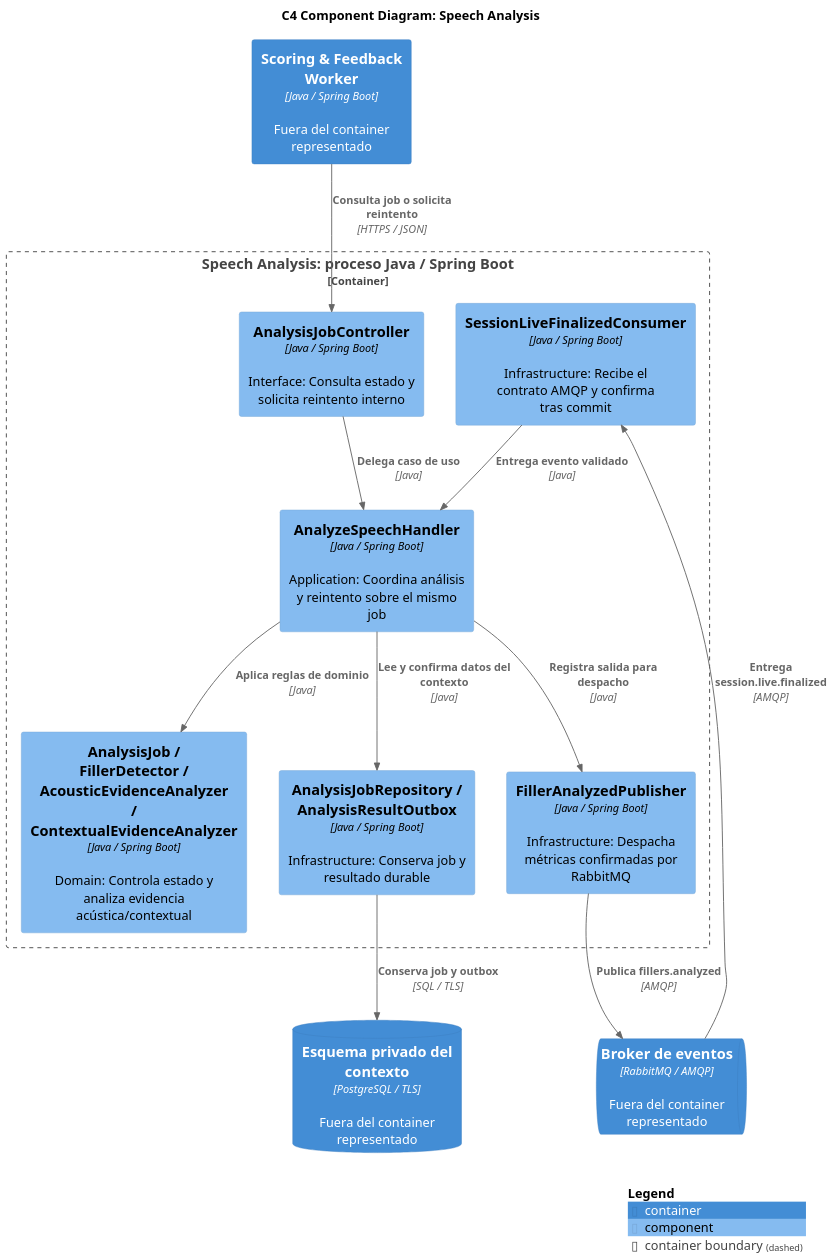
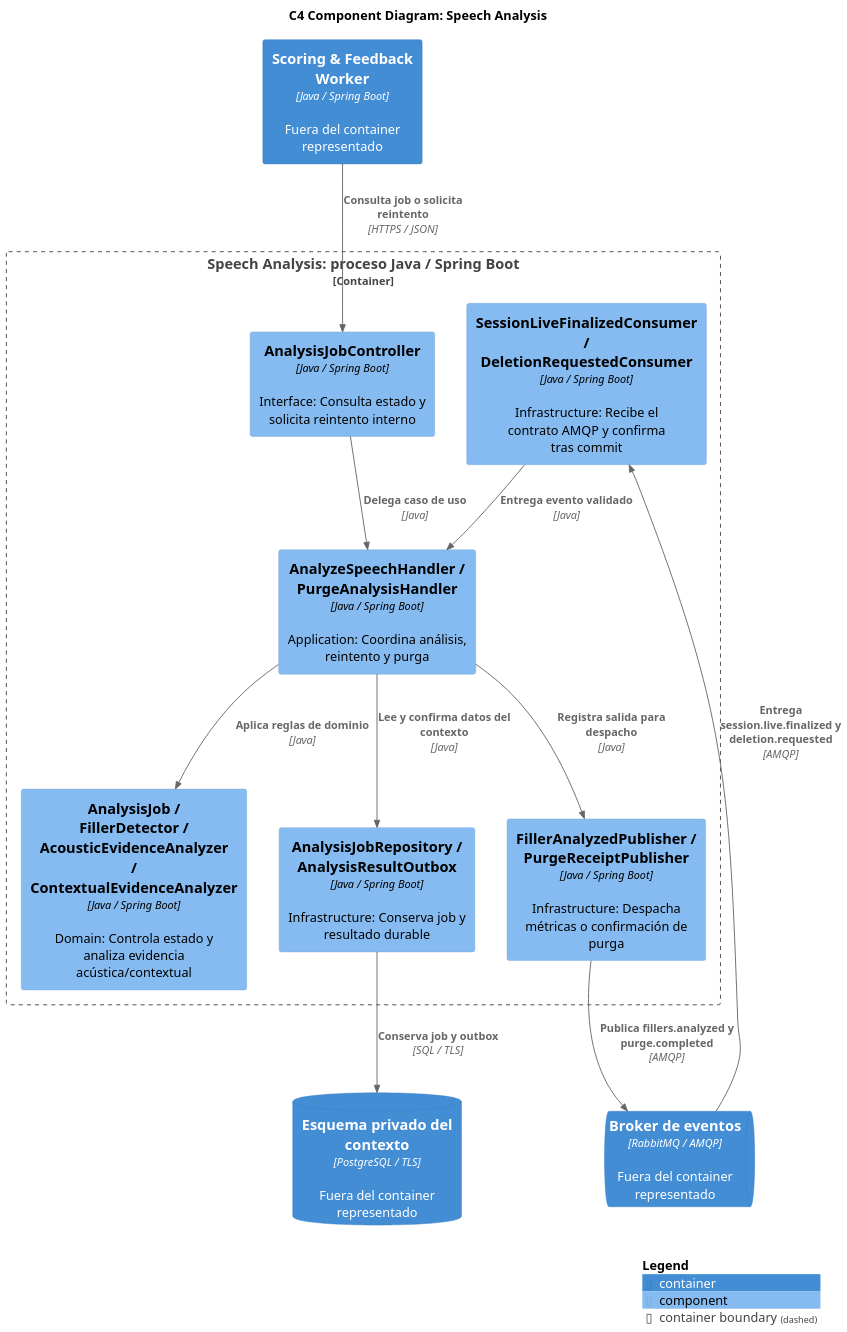
Before and after one commit to upc-pre-202620-si728-16365-thropic/talki-project-report: the diagram in assets/diagrams/tactical/02-speech-analysis-components.puml, drawn with PlantUML. The commit also changed 11 other files, not shown here.

```diff
--- a/assets/diagrams/tactical/02-speech-analysis-components.puml
+++ b/assets/diagrams/tactical/02-speech-analysis-components.puml
@@ -1,28 +1,28 @@
 @startuml
 !include <C4/C4_Component>
 skinparam defaultFontName Arial
 skinparam dpi 150
 LAYOUT_TOP_DOWN()
 title C4 Component Diagram: Speech Analysis
 ContainerQueue(bus, "Broker de eventos", "RabbitMQ / AMQP", "Fuera del container representado")
 ContainerDb(db, "Esquema privado del contexto", "PostgreSQL / TLS", "Fuera del container representado")
 Container(scoring, "Scoring & Feedback Worker", "Java / Spring Boot", "Fuera del container representado")
 Container_Boundary(scope, "Speech Analysis: proceso Java / Spring Boot") {
-  Component(consumer, "SessionLiveFinalizedConsumer", "Java / Spring Boot", "Infrastructure: Recibe el contrato AMQP y confirma tras commit")
-  Component(app, "AnalyzeSpeechHandler", "Java / Spring Boot", "Application: Coordina análisis y reintento sobre el mismo job")
+  Component(consumer, "SessionLiveFinalizedConsumer / DeletionRequestedConsumer", "Java / Spring Boot", "Infrastructure: Recibe el contrato AMQP y confirma tras commit")
+  Component(app, "AnalyzeSpeechHandler / PurgeAnalysisHandler", "Java / Spring Boot", "Application: Coordina análisis, reintento y purga")
   Component(rules, "AnalysisJob / FillerDetector / AcousticEvidenceAnalyzer / ContextualEvidenceAnalyzer", "Java / Spring Boot", "Domain: Controla estado y analiza evidencia acústica/contextual")
   Component(api, "AnalysisJobController", "Java / Spring Boot", "Interface: Consulta estado y solicita reintento interno")
   Component(repo, "AnalysisJobRepository / AnalysisResultOutbox", "Java / Spring Boot", "Infrastructure: Conserva job y resultado durable")
-  Component(publisher, "FillerAnalyzedPublisher", "Java / Spring Boot", "Infrastructure: Despacha métricas confirmadas por RabbitMQ")
+  Component(publisher, "FillerAnalyzedPublisher / PurgeReceiptPublisher", "Java / Spring Boot", "Infrastructure: Despacha métricas o confirmación de purga")
 }
 Rel(api, app, "Delega caso de uso", "Java")
 Rel(consumer, app, "Entrega evento validado", "Java")
 Rel(app, rules, "Aplica reglas de dominio", "Java")
 Rel(app, repo, "Lee y confirma datos del contexto", "Java")
 Rel(app, publisher, "Registra salida para despacho", "Java")
-Rel(bus, consumer, "Entrega session.live.finalized", "AMQP")
+Rel(bus, consumer, "Entrega session.live.finalized y deletion.requested", "AMQP")
 Rel(scoring, api, "Consulta job o solicita reintento", "HTTPS / JSON")
 Rel(repo, db, "Conserva job y outbox", "SQL / TLS")
-Rel(publisher, bus, "Publica fillers.analyzed", "AMQP")
+Rel(publisher, bus, "Publica fillers.analyzed y purge.completed", "AMQP")
 SHOW_LEGEND()
 @enduml
```
